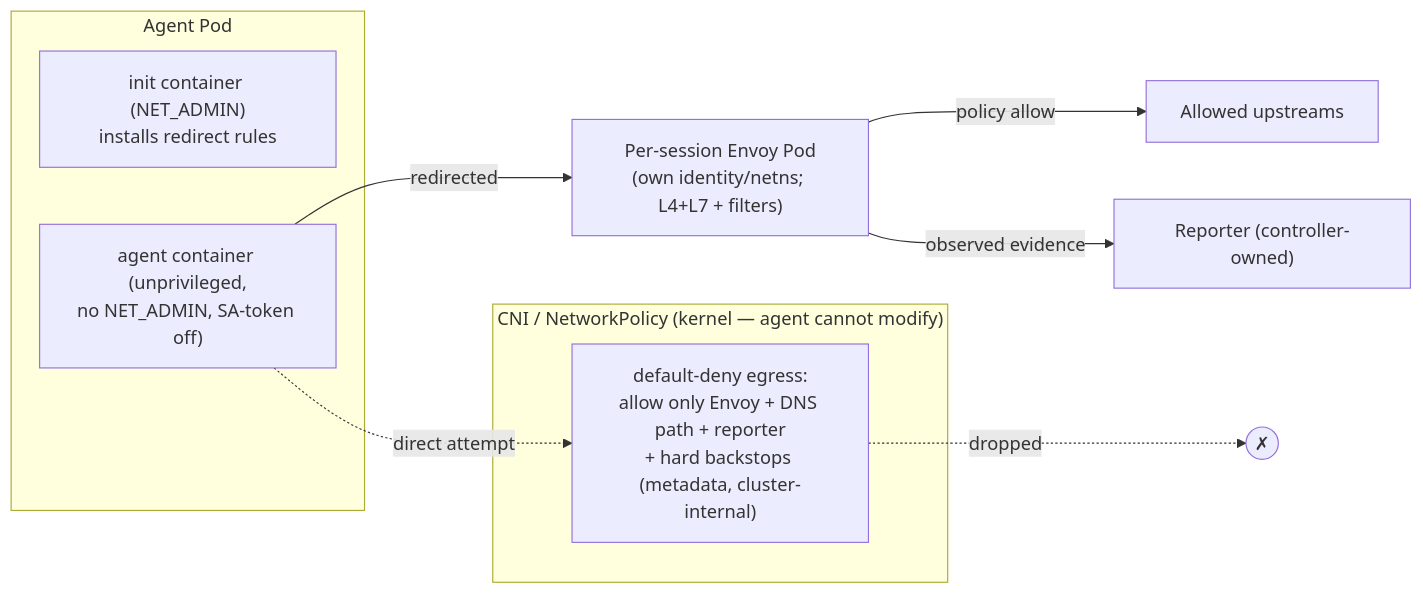
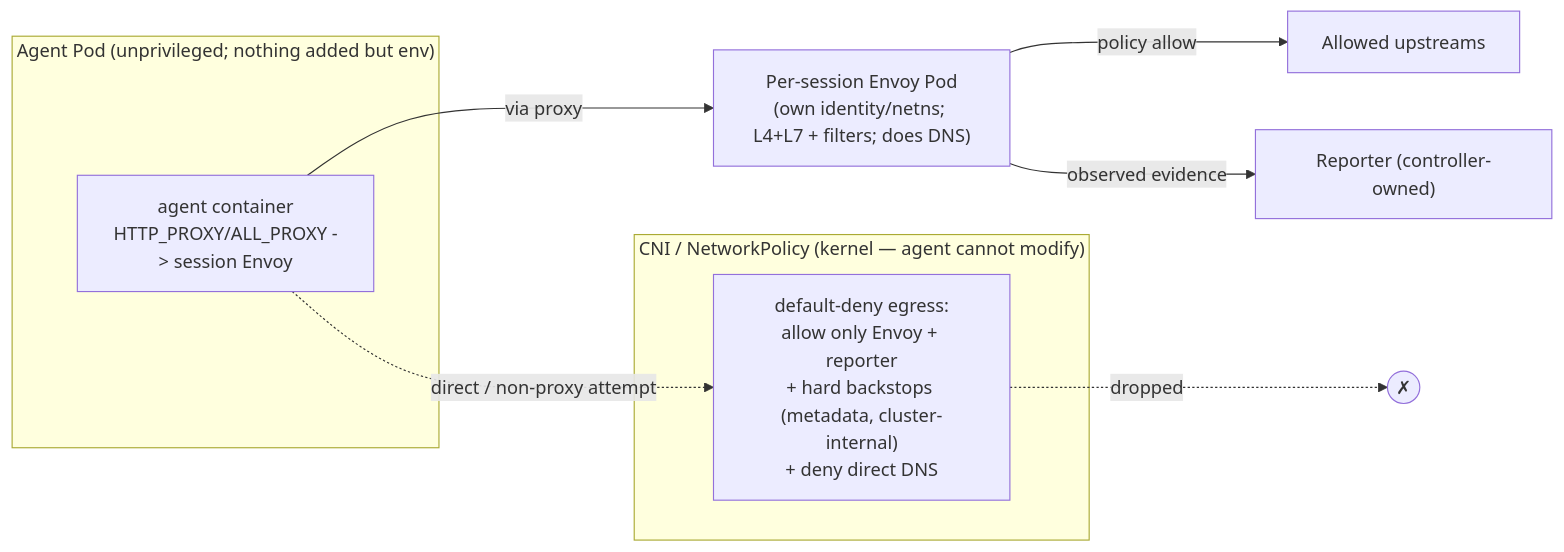
One commit to grantbarry29/Scrutineer changed the diagram in docs/design/evidence-integrity.md. Above: the diagram before and after it, drawn with Mermaid. The commit also changed other lines of this file, not shown here.

First line of the commit message:
docs(design): lock evidence-integrity — explicit-proxy interim, node interceptor as epic (refs #8)

````diff
--- a/docs/design/evidence-integrity.md
+++ b/docs/design/evidence-integrity.md
@@ -44,19 +47,18 @@
 ```mermaid
 flowchart LR
-  subgraph agentpod["Agent Pod"]
-    init["init container (NET_ADMIN)\ninstalls redirect rules"]
-    agent["agent container (unprivileged,\nno NET_ADMIN, SA-token off)"]
+  subgraph agentpod["Agent Pod (unprivileged; nothing added but env)"]
+    agent["agent container\nHTTP_PROXY/ALL_PROXY -> session Envoy"]
   end
   subgraph cni["CNI / NetworkPolicy (kernel — agent cannot modify)"]
-    lock["default-deny egress:\nallow only Envoy + DNS path + reporter\n+ hard backstops (metadata, cluster-internal)"]
+    lock["default-deny egress:\nallow only Envoy + reporter\n+ hard backstops (metadata, cluster-internal)\n+ deny direct DNS"]
   end
-  envoy["Per-session Envoy Pod\n(own identity/netns; L4+L7 + filters)"]
+  envoy["Per-session Envoy Pod\n(own identity/netns; L4+L7 + filters; does DNS)"]
   reporter["Reporter (controller-owned)"]
   up["Allowed upstreams"]
 
-  agent -->|redirected| envoy
-  agent -.->|direct attempt| lock
+  agent -->|via proxy| envoy
+  agent -.->|direct / non-proxy attempt| lock
   lock -.->|dropped| x((✗))
   envoy -->|policy allow| up
   envoy -->|observed evidence| reporter
 ```
````
